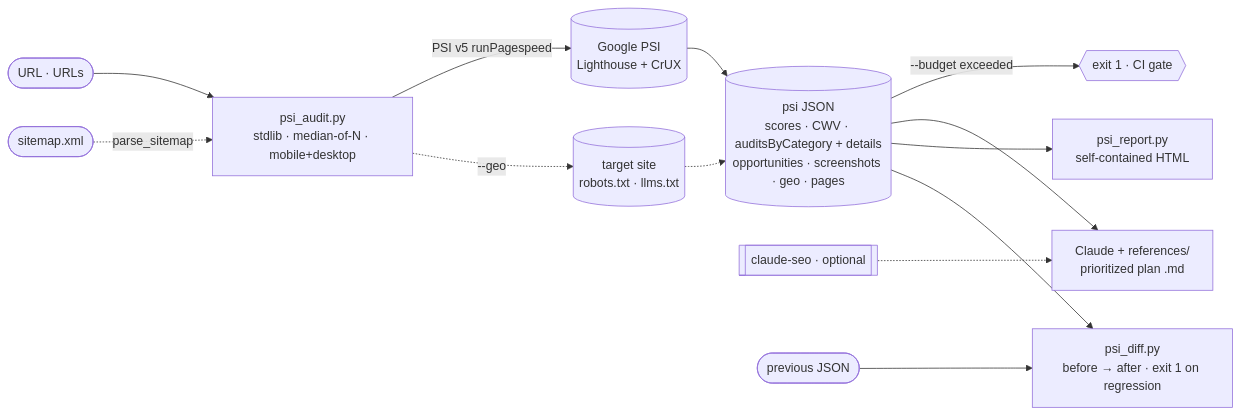
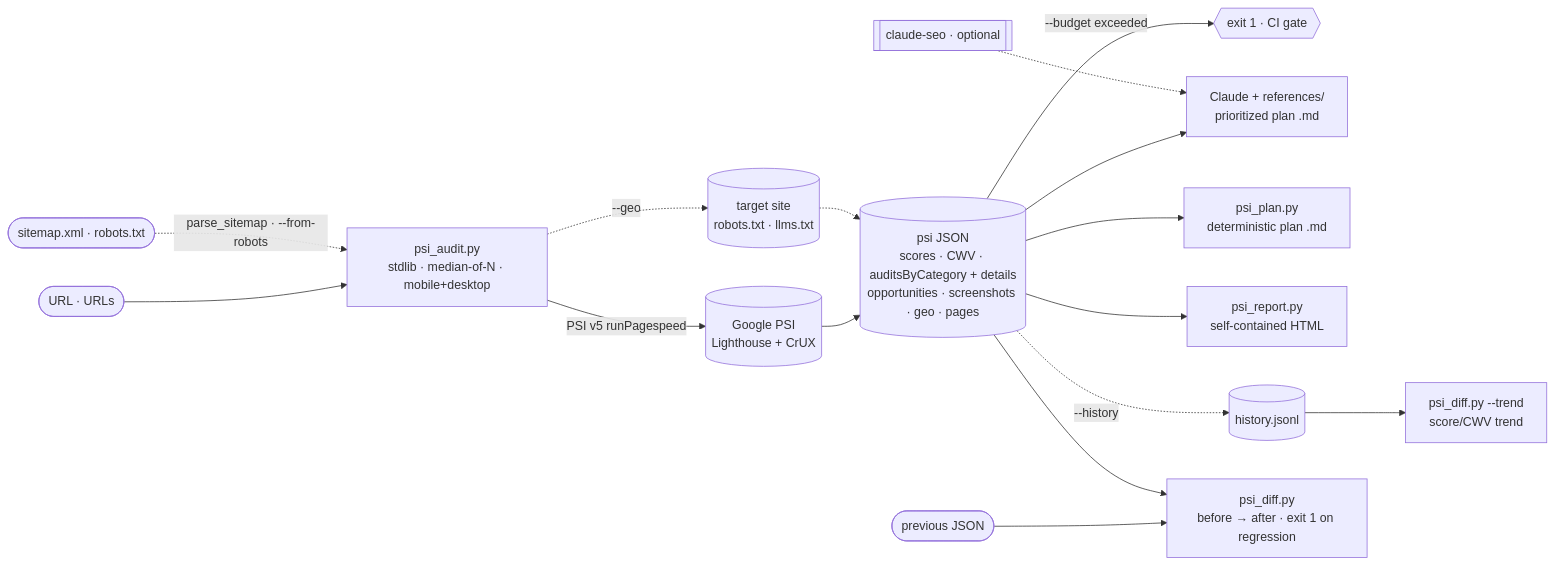
Before and after one commit to tasdeleno/pagespeed-plan: the diagram in README.en.md, drawn with Mermaid. The commit also changed other lines of this file and 1 other file, not shown here.

First line of the commit message:
pagespeed-plan: README TR/EN'i yeni ozelliklere hizala

````diff
--- a/README.en.md
+++ b/README.en.md
@@ -82,15 +83,18 @@
 ```mermaid
 flowchart LR
     U([URL · URLs]) --> S["psi_audit.py<br/>stdlib · median-of-N · mobile+desktop"]
-    SM([sitemap.xml]) -.->|parse_sitemap| S
+    SM([sitemap.xml · robots.txt]) -.->|parse_sitemap · --from-robots| S
     S -->|PSI v5 runPagespeed| G[("Google PSI<br/>Lighthouse + CrUX")]
     S -.->|--geo| W[("target site<br/>robots.txt · llms.txt")]
     G --> J[("psi JSON<br/>scores · CWV · auditsByCategory + details<br/>opportunities · screenshots · geo · pages")]
     W -.-> J
     J -->|--budget exceeded| X{{"exit 1 · CI gate"}}
     J --> M["Claude + references/<br/>prioritized plan .md"]
     O[["claude-seo · optional"]] -.-> M
+    J --> PL["psi_plan.py<br/>deterministic plan .md"]
     J --> R["psi_report.py<br/>self-contained HTML"]
+    J -.->|--history| H[("history.jsonl")]
+    H --> T["psi_diff.py --trend<br/>score/CWV trend"]
     P([previous JSON]) --> D["psi_diff.py<br/>before → after · exit 1 on regression"]
     J --> D
 ```
````
